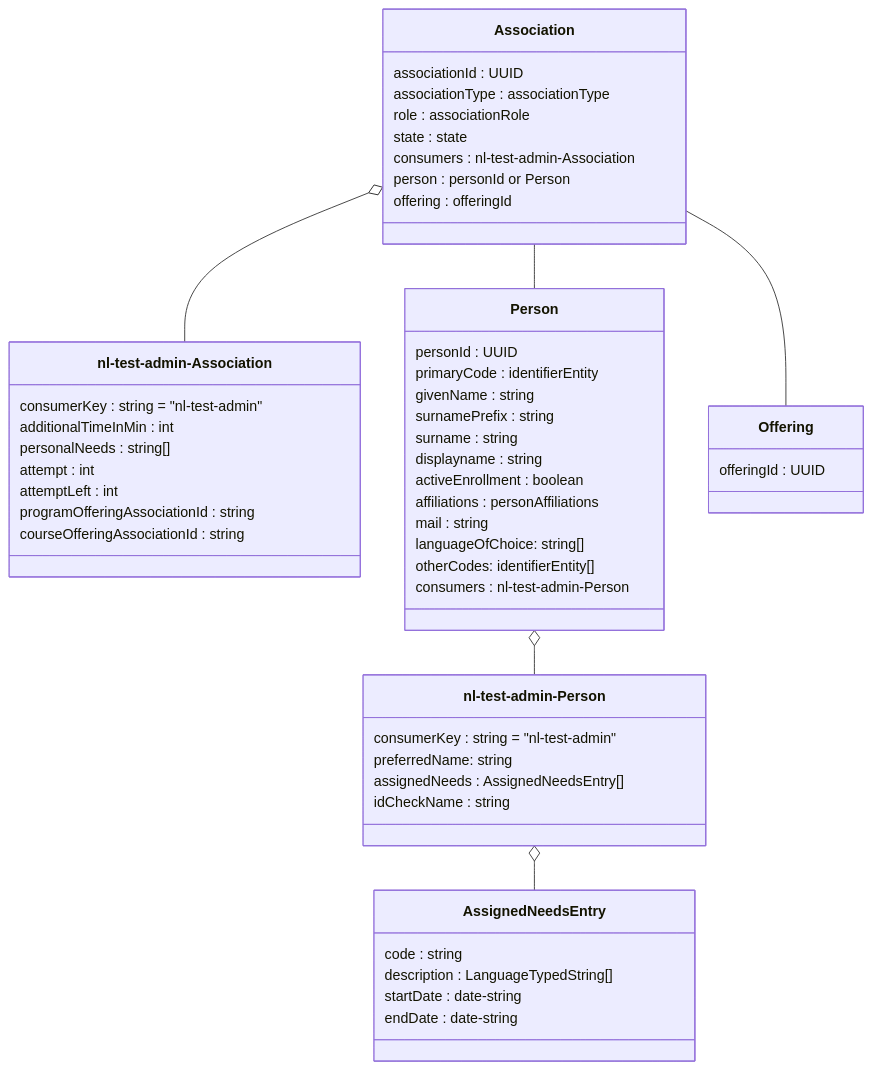
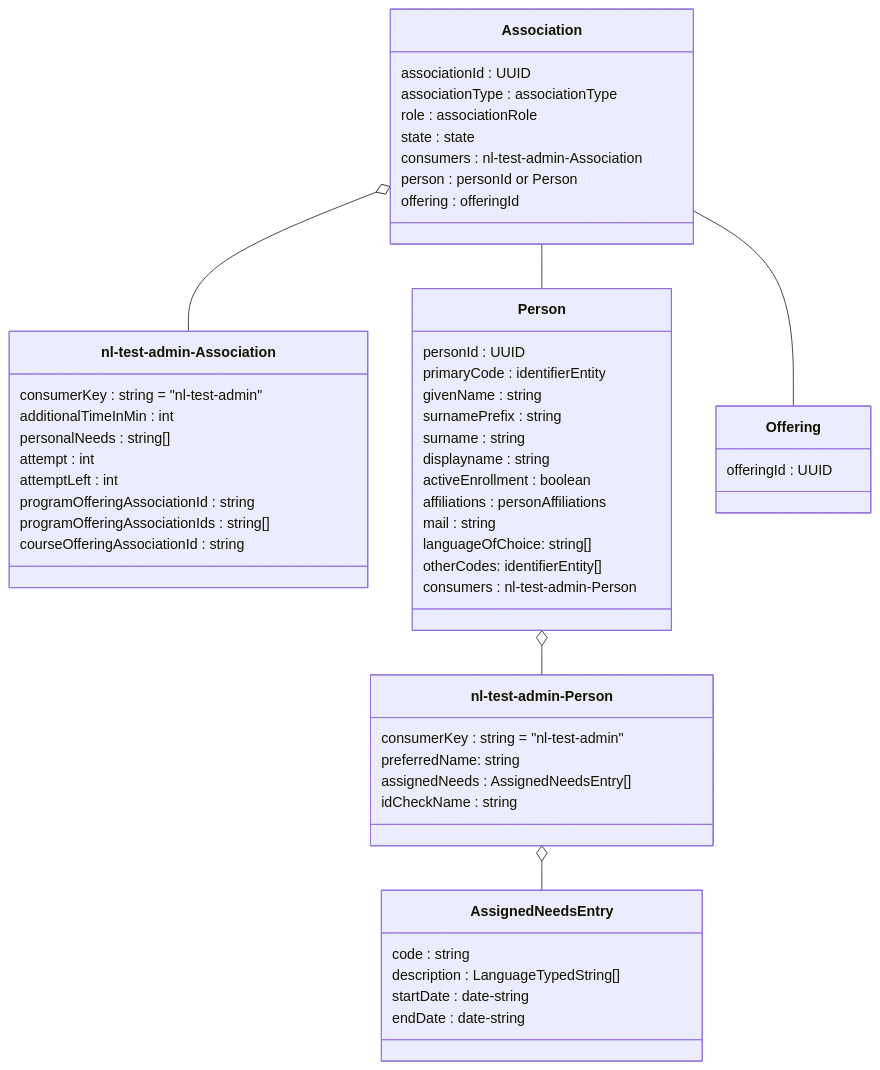
The fourth of 15 diagrams in doc/flow1.md (NetwerkExamineringDigitalisering/NED-OOAPI), drawn with Mermaid before and after one commit. The commit also changed other lines of this file and 2 other files, not shown here.

Commit message:
fix for issue #152

````diff
--- a/doc/flow1.md
+++ b/doc/flow1.md
@@ -165,59 +165,60 @@
 ```mermaid
 classDiagram
     class Association {
     	associationId : UUID
         associationType : associationType
         role : associationRole
         state : state
         consumers : nl-test-admin-Association
         person : personId or Person
         offering : offeringId
     }
     class `nl-test-admin-Association` {
     	consumerKey : string = "nl-test-admin"
 	    additionalTimeInMin : int
 	    personalNeeds : string[]
         attempt : int
         attemptLeft : int
 	    programOfferingAssociationId : string
-	    courseOfferingAssociationId : string
+	    programOfferingAssociationIds : string[]
+        courseOfferingAssociationId : string
     }
     class Person {
         personId : UUID
         primaryCode : identifierEntity
         givenName : string
         surnamePrefix : string 
         surname : string
         displayname : string
         activeEnrollment : boolean 
         affiliations : personAffiliations
         mail : string
         languageOfChoice: string[]
 		otherCodes: identifierEntity[]
     	consumers : nl-test-admin-Person
     }
 
     class `nl-test-admin-Person` {
     	consumerKey : string = "nl-test-admin"
         preferredName: string
     	assignedNeeds : AssignedNeedsEntry[]
 	    idCheckName : string
     }
 
     class AssignedNeedsEntry {
 		code : string
 	    description : LanguageTypedString[]
 	    startDate : date-string
 	    endDate : date-string
     }
 
     class Offering {
        offeringId : UUID
     }
     Association -- Offering 
     Association o-- `nl-test-admin-Association`
     Association -- Person
     Person o-- `nl-test-admin-Person`
     `nl-test-admin-Person` o-- AssignedNeedsEntry
 
 ```
````
